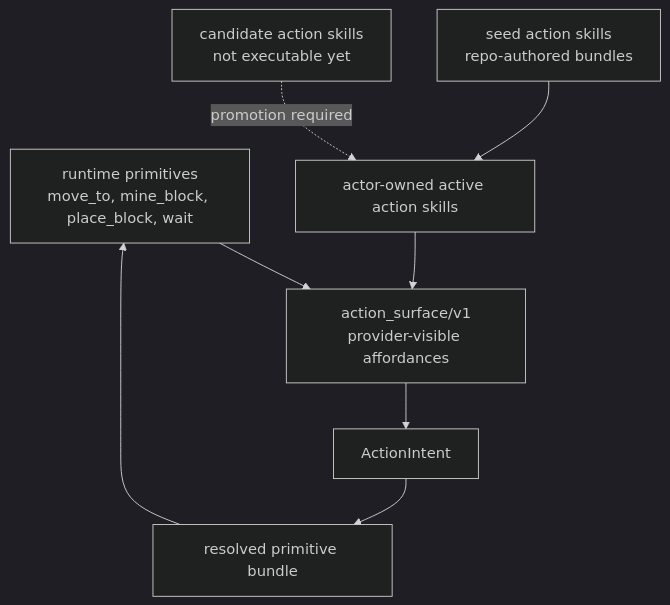
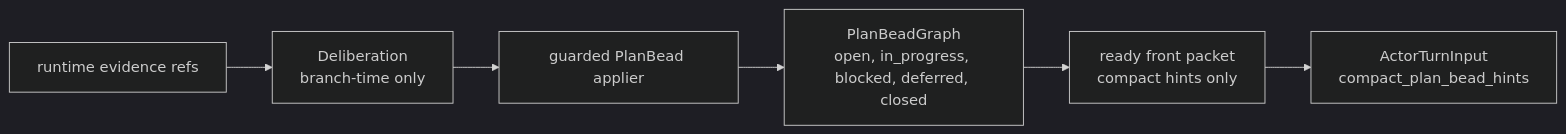
One commit to gigio1023/minecraft-llm-agent-community changed the fifth of 6 diagrams in CURRENT_IMPLEMENTATION_ARCHITECTURE_REVIEW.md. Above: the diagram before and after it, drawn with Mermaid (dark theme). The commit also changed other lines of this file and 218 other files, not shown here.

Commit message:
Align Actor Turn tool calling runtime

````diff
--- a/CURRENT_IMPLEMENTATION_ARCHITECTURE_REVIEW.md
+++ b/CURRENT_IMPLEMENTATION_ARCHITECTURE_REVIEW.md
@@ -394,17 +218,12 @@
 ```mermaid
-flowchart TD
-  Primitive["runtime primitives<br/>move_to, mine_block, place_block, wait"]
-  Seed["seed action skills<br/>repo-authored bundles"]
-  Active["actor-owned active action skills"]
-  Candidate["candidate action skills<br/>not executable yet"]
-  Surface["action_surface/v1<br/>provider-visible affordances"]
-  Intent["ActionIntent"]
-  Bundle["resolved primitive bundle"]
+flowchart LR
+  Beads["PlanBeadGraph<br/>open, in_progress, blocked, deferred, closed"]
+  Ready["ready front packet<br/>compact hints only"]
+  Turn["ActorTurnInput<br/>compact_plan_bead_hints"]
+  Branch["Deliberation<br/>branch-time only"]
+  Applier["guarded PlanBead applier"]
+  Evidence["runtime evidence refs"]
 
-  Primitive --> Surface
-  Seed --> Active --> Surface
-  Candidate -. promotion required .-> Active
-  Surface --> Intent
-  Intent --> Bundle
-  Bundle --> Primitive
+  Beads --> Ready --> Turn
+  Evidence --> Branch --> Applier --> Beads
 ```
````
